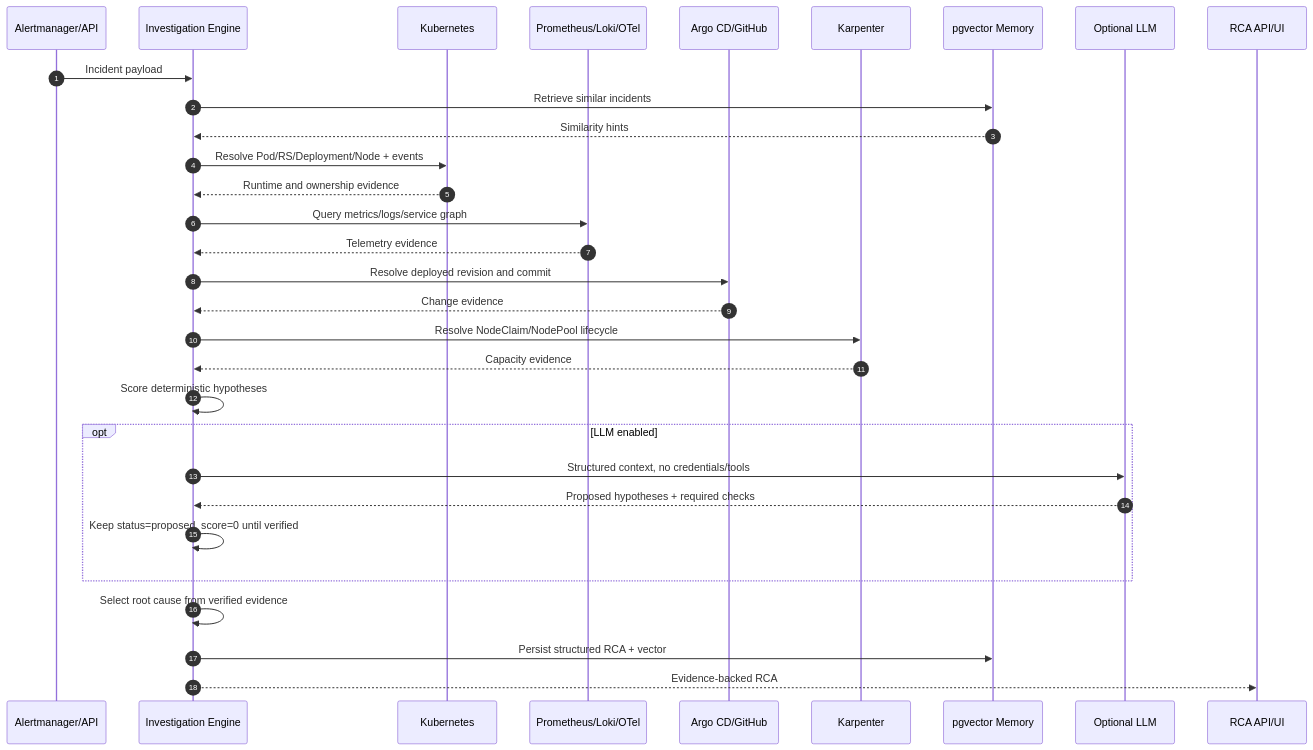
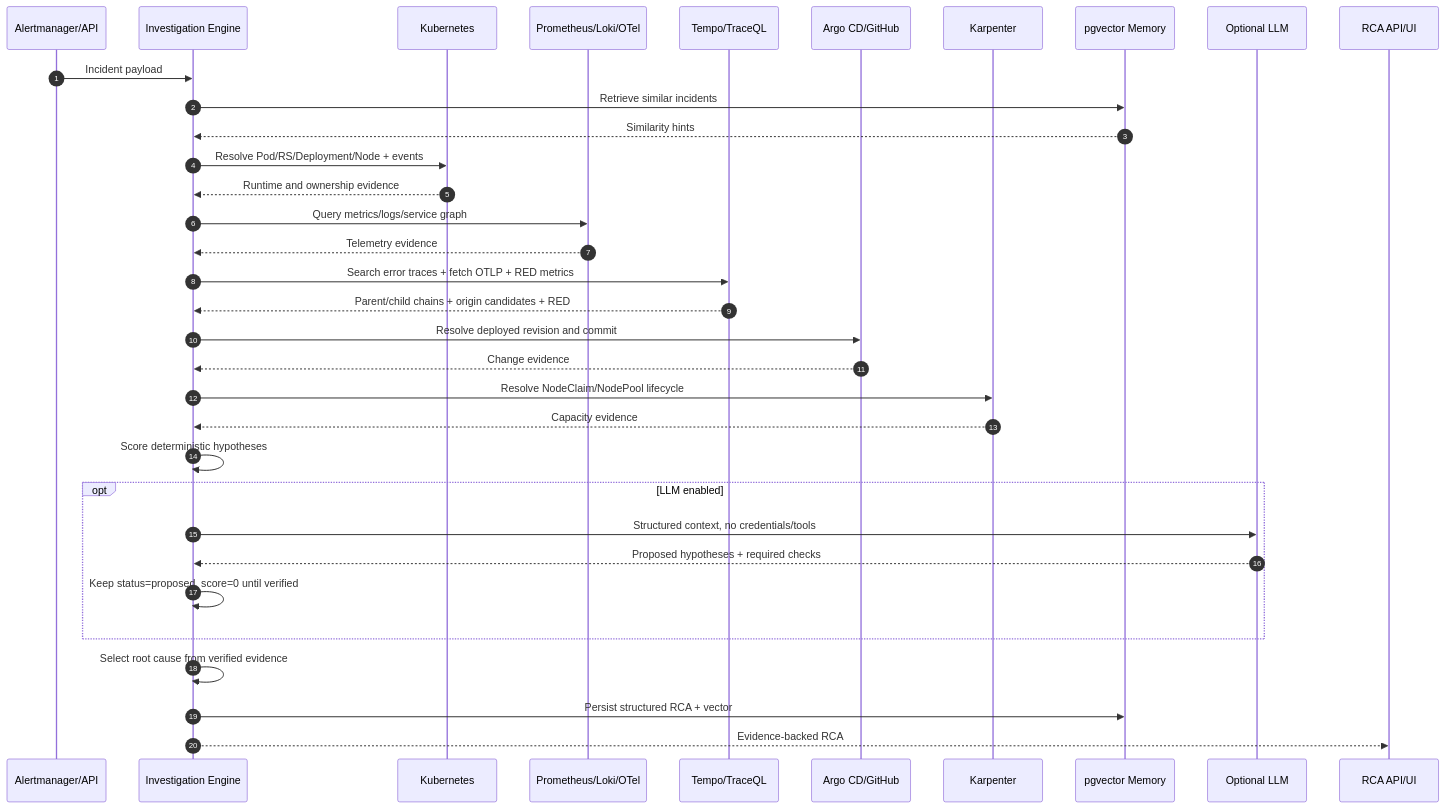
The third of 11 diagrams in docs/architecture.md (marcocristofolini/ai-sre-rca), drawn with Mermaid before and after one commit. The commit also changed other lines of this file, not shown here.

Commit message:
docs: update architecture overview for v0.4

````diff
--- a/docs/architecture.md
+++ b/docs/architecture.md
@@ -67,34 +70,37 @@
 ```mermaid
 sequenceDiagram
     autonumber
     participant AM as Alertmanager/API
     participant ENG as Investigation Engine
     participant K8S as Kubernetes
     participant OBS as Prometheus/Loki/OTel
+    participant TEMPO as Tempo/TraceQL
     participant CHG as Argo CD/GitHub
     participant KAR as Karpenter
     participant MEM as pgvector Memory
     participant LLM as Optional LLM
     participant UI as RCA API/UI
 
     AM->>ENG: Incident payload
     ENG->>MEM: Retrieve similar incidents
     MEM-->>ENG: Similarity hints
     ENG->>K8S: Resolve Pod/RS/Deployment/Node + events
     K8S-->>ENG: Runtime and ownership evidence
     ENG->>OBS: Query metrics/logs/service graph
     OBS-->>ENG: Telemetry evidence
+    ENG->>TEMPO: Search error traces + fetch OTLP + RED metrics
+    TEMPO-->>ENG: Parent/child chains + origin candidates + RED
     ENG->>CHG: Resolve deployed revision and commit
     CHG-->>ENG: Change evidence
     ENG->>KAR: Resolve NodeClaim/NodePool lifecycle
     KAR-->>ENG: Capacity evidence
     ENG->>ENG: Score deterministic hypotheses
     opt LLM enabled
         ENG->>LLM: Structured context, no credentials/tools
         LLM-->>ENG: Proposed hypotheses + required checks
         ENG->>ENG: Keep status=proposed, score=0 until verified
     end
     ENG->>ENG: Select root cause from verified evidence
     ENG->>MEM: Persist structured RCA + vector
     ENG-->>UI: Evidence-backed RCA
 ```
````
